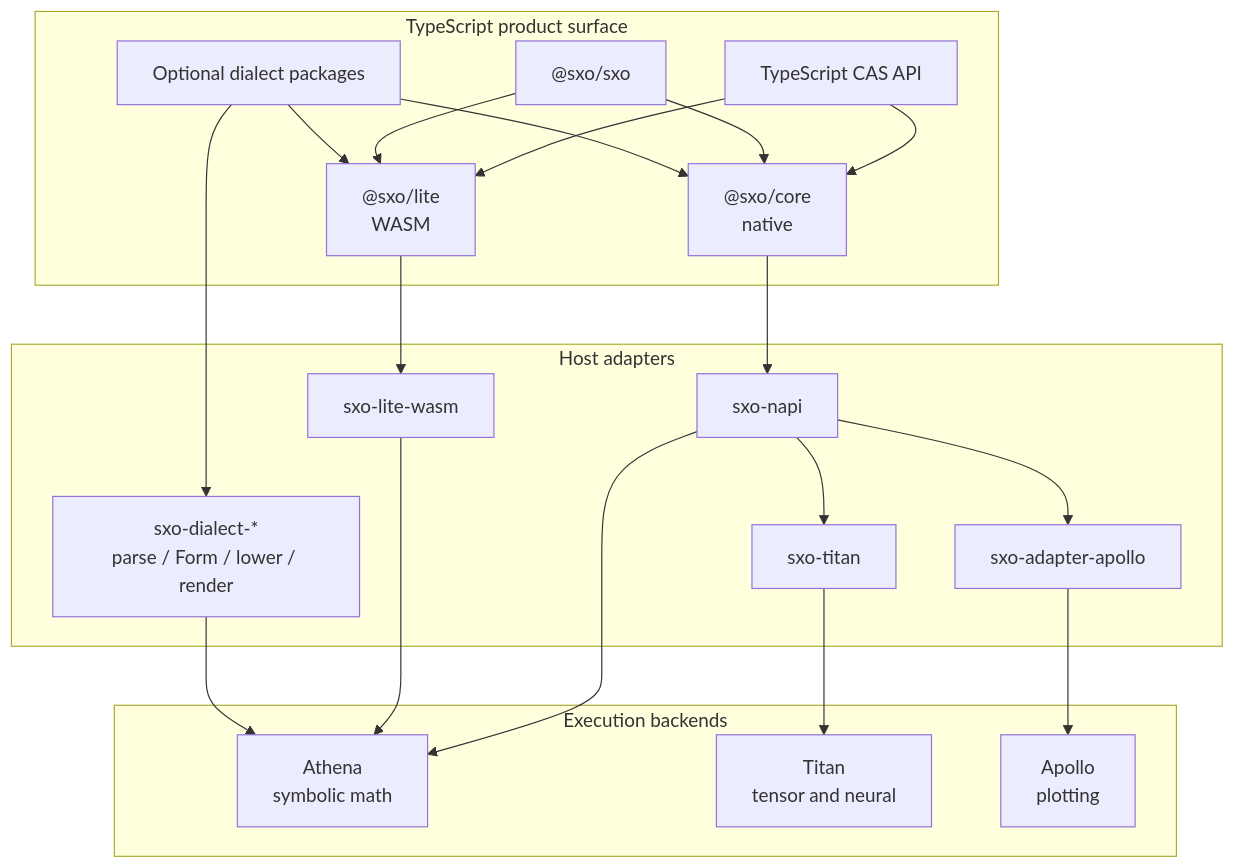
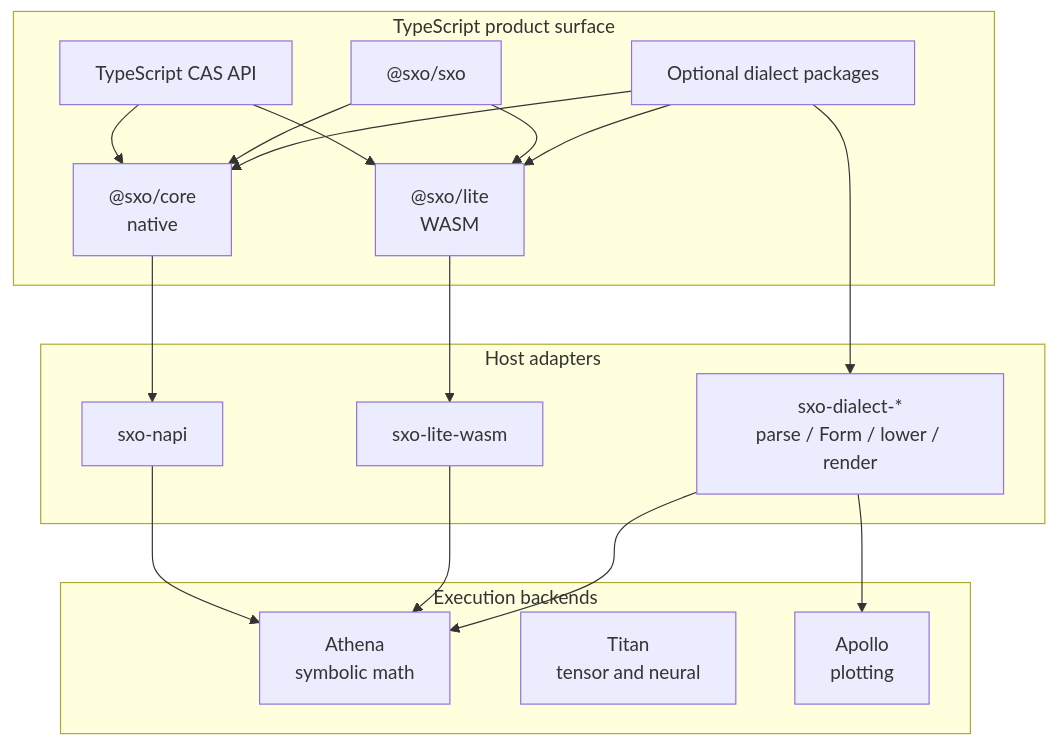
Before and after one commit to ai4waifu/sxo-framework: the first of 2 diagrams in readme.md, drawn with Mermaid. The commit also changed other lines of this file and 12 other files, not shown here.

First line of the commit message:
🔥 Drop `sxo-adapter-apollo` and bind dialect plots straight to `science::plot`

````diff
--- a/readme.md
+++ b/readme.md
@@ -110,41 +110,36 @@
 ```mermaid
 flowchart TB
     subgraph Product[TypeScript product surface]
         TS[TypeScript CAS API]
         Core["@sxo/core<br/>native"]
         Lite["@sxo/lite<br/>WASM"]
         CLI["@sxo/sxo"]
         Dialects["Optional dialect packages"]
     end
 
     subgraph Host[Host adapters]
         Napi[sxo-napi]
         Wasm[sxo-lite-wasm]
         DialectRust["sxo-dialect-*<br/>parse / Form / lower / render"]
-        TitanBridge[sxo-titan]
-        ApolloBridge[sxo-adapter-apollo]
     end
 
     subgraph Backends[Execution backends]
         Athena[Athena<br/>symbolic math]
         Titan[Titan<br/>tensor and neural]
         Apollo[Apollo<br/>plotting]
     end
 
     TS --> Core
     TS --> Lite
     CLI --> Core
     CLI --> Lite
     Dialects --> Core
     Dialects --> Lite
     Dialects --> DialectRust
     Core --> Napi
     Lite --> Wasm
     Napi --> Athena
     Wasm --> Athena
     DialectRust --> Athena
-    Napi --> TitanBridge
-    TitanBridge --> Titan
-    Napi --> ApolloBridge
-    ApolloBridge --> Apollo
+    DialectRust --> Apollo
 ```
````
